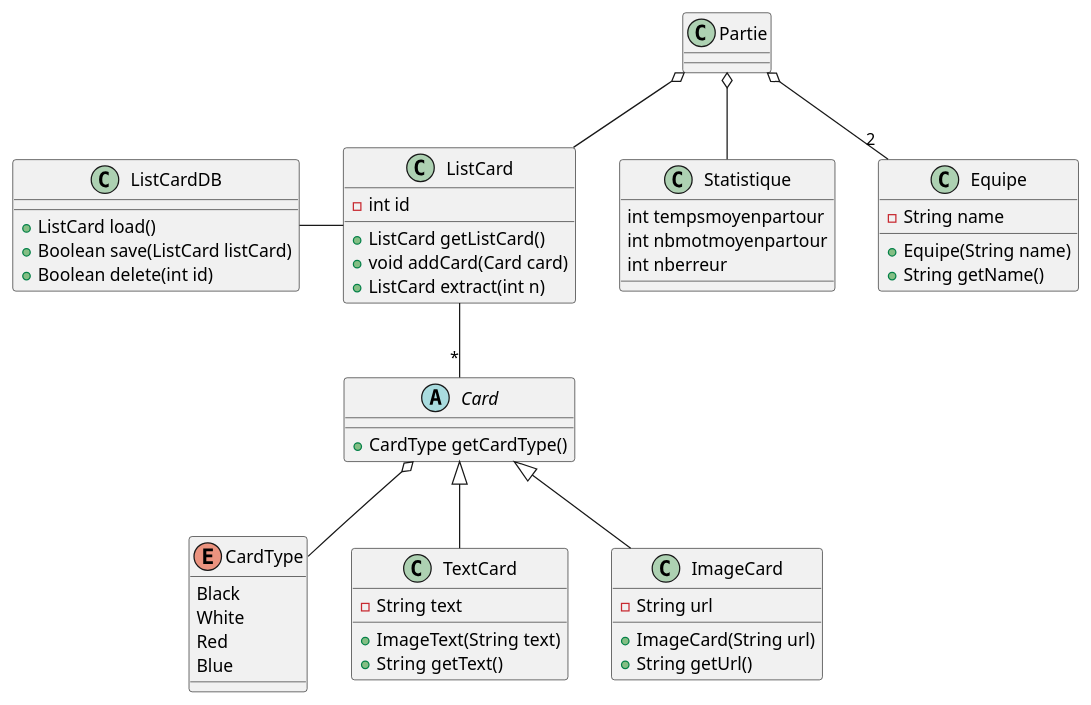
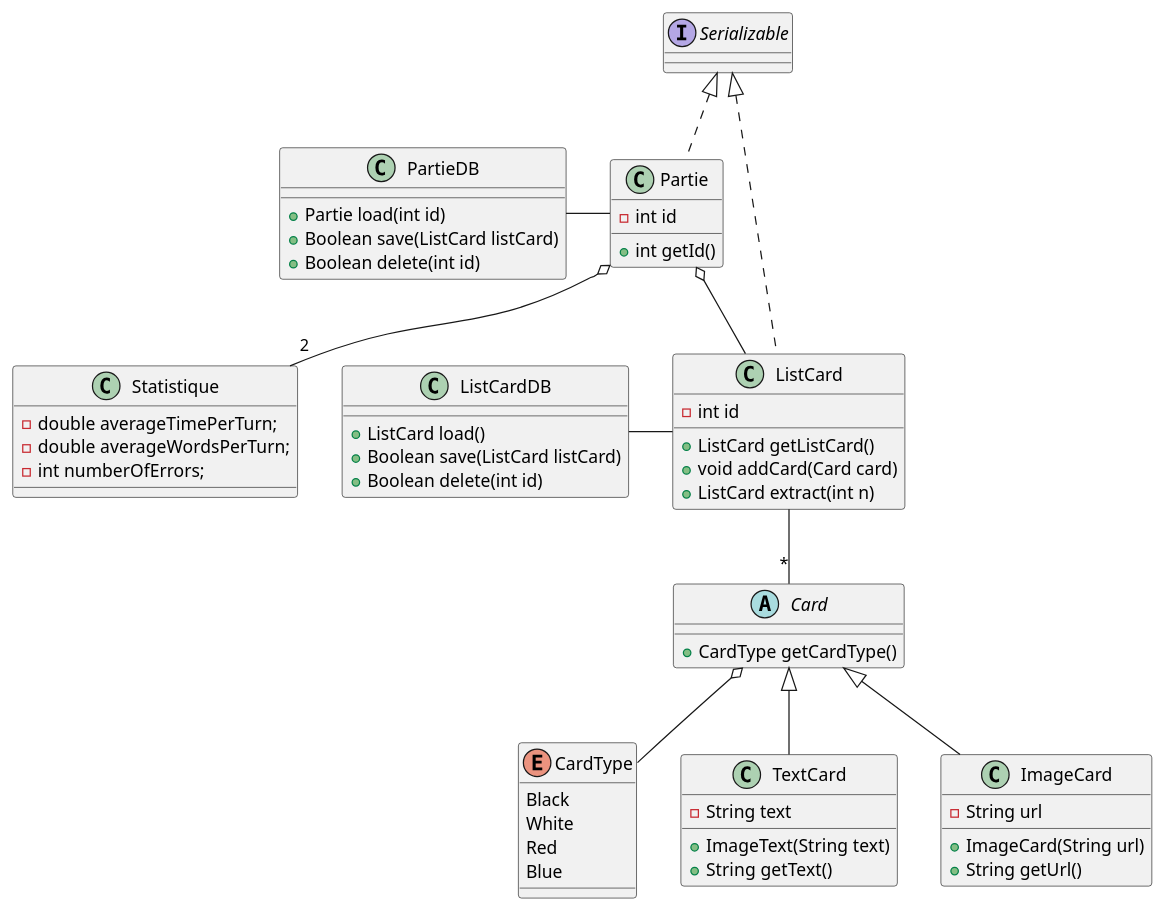
One commit to nathanl0204/coding-week changed the diagram in classes.plantuml. Above: the diagram before and after it, drawn with PlantUML. The commit also changed 11 other files, not shown here.

```diff
--- a/classes.plantuml
+++ b/classes.plantuml
@@ -1,73 +1,74 @@
 @startuml classes
 
-class Partie {
-  
+class Partie implements Serializable {  
+    - int id
+
+    + int getId()
 }
+
+class PartieDB {
+    + Partie load(int id)
+    + Boolean save(ListCard listCard)
+    + Boolean delete(int id)
+}
+
+PartieDB - Partie
 
 abstract class Card {
 
     + CardType getCardType()
 }
 
 Card o-- CardType
 
 enum CardType { 
     Black 
     White 
     Red 
     Blue
 }
 
-class ListCard {
+class ListCard implements Serializable {
     - int id
 
     + ListCard getListCard()
     + void addCard(Card card)
     + ListCard extract(int n)
 }
 
 ListCard -- "*" Card
 Partie o-- ListCard
 
 class TextCard extends Card {
     - String text
 
     + ImageText(String text)
     + String getText()
 }
 
 class ImageCard extends Card {
     - String url
 
     + ImageCard(String url)
     + String getUrl()
 }
 
 class ListCardDB {
 
     + ListCard load()
     + Boolean save(ListCard listCard)
     + Boolean delete(int id)
 }
 
 ListCardDB - ListCard
 
 class Statistique {
-    int tempsmoyenpartour
-    int nbmotmoyenpartour
-    int nberreur
+    - double averageTimePerTurn;
+    - double averageWordsPerTurn;
+    - int numberOfErrors;
+
 }
 
-
-Partie o-- Statistique
-
-class Equipe {
-    - String name
-
-    + Equipe(String name)
-    + String getName()
-}
-
-Partie o-- "2" Equipe
+Partie o-- "2" Statistique
 
 @enduml
```
